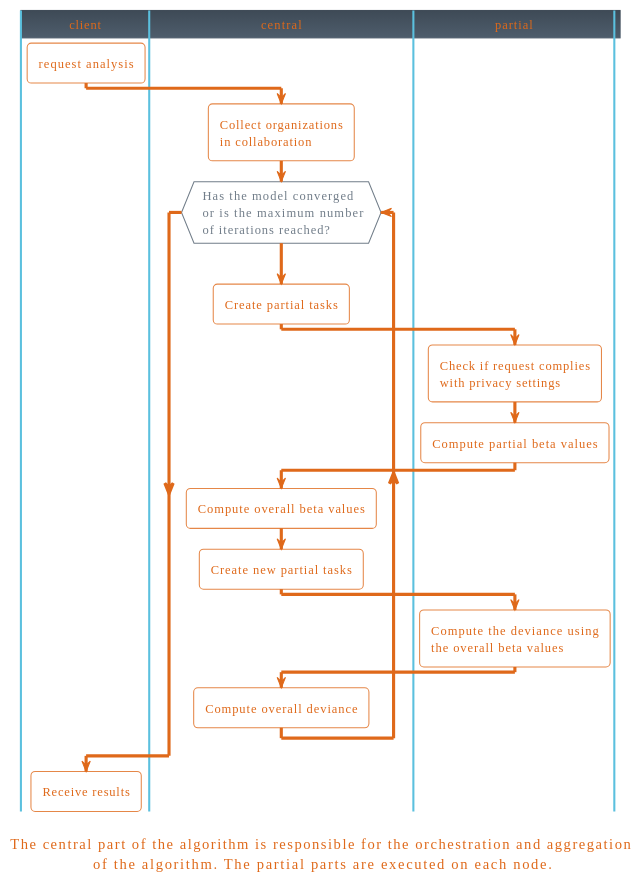
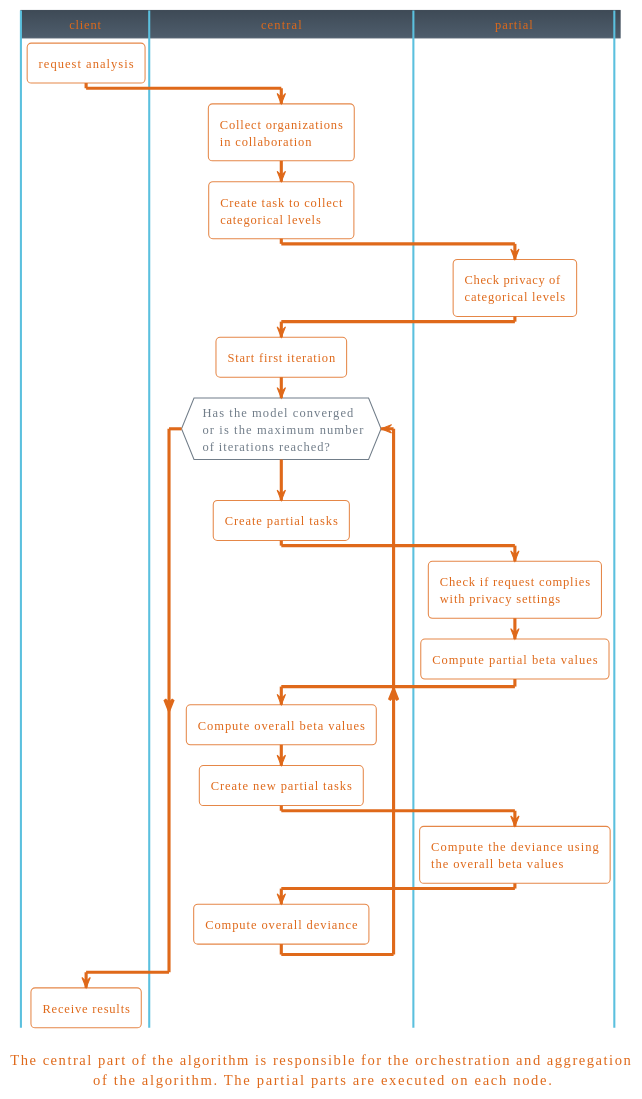
Before and after one commit to vantage6/v6-glm-py: the diagram in docs/v6-glm-py/implementation.rst, drawn with PlantUML. The commit also changed other lines of this file and 2 other files, not shown here.

Commit message:
Update documentation with new partial function

```diff
--- a/docs/v6-glm-py/implementation.rst
+++ b/docs/v6-glm-py/implementation.rst
@@ -18,41 +18,52 @@
 .. uml::
 
   !theme superhero-outline
 
   caption The central part of the algorithm is responsible for the \
           orchestration and aggregation\n of the algorithm. The partial \
           parts are executed on each node.
 
   |client|
   :request analysis;
 
   |central|
   :Collect organizations
   in collaboration;
+
+  |central|
+  :Create task to collect
+  categorical levels;
+
+  |partial|
+  :Check privacy of
+  categorical levels;
+
+  |central|
+  :Start first iteration;
 
   while ( Has the model converged \n \
  or is the maximum number\n \
  of iterations reached?) is (no)
    :Create partial tasks;
 
    |partial|
    :Check if request complies
    with privacy settings;
 
    |partial|
    :Compute partial beta values;
 
    |central|
    :Compute overall beta values;
    :Create new partial tasks;
 
    |partial|
    :Compute the deviance using
    the overall beta values;
 
    |central|
    :Compute overall deviance;
   endwhile (yes)
 
   |client|
   :Receive results;
```
